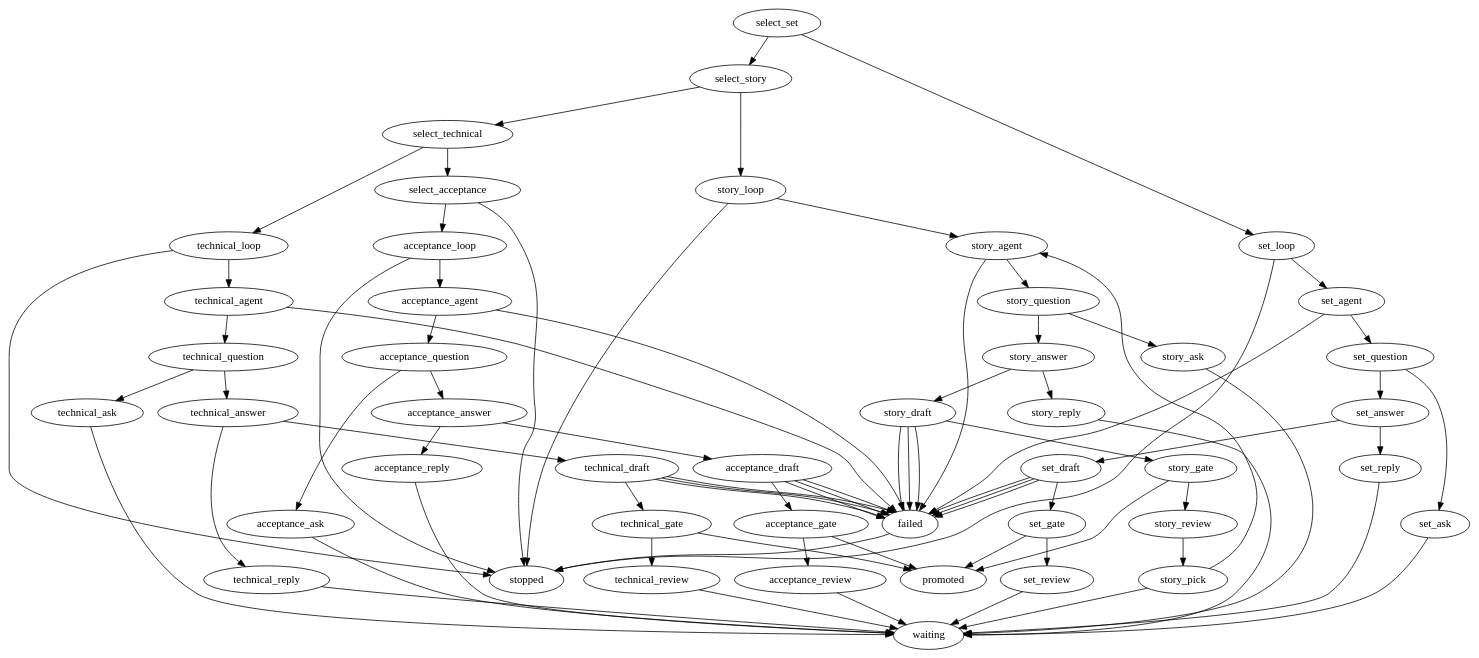
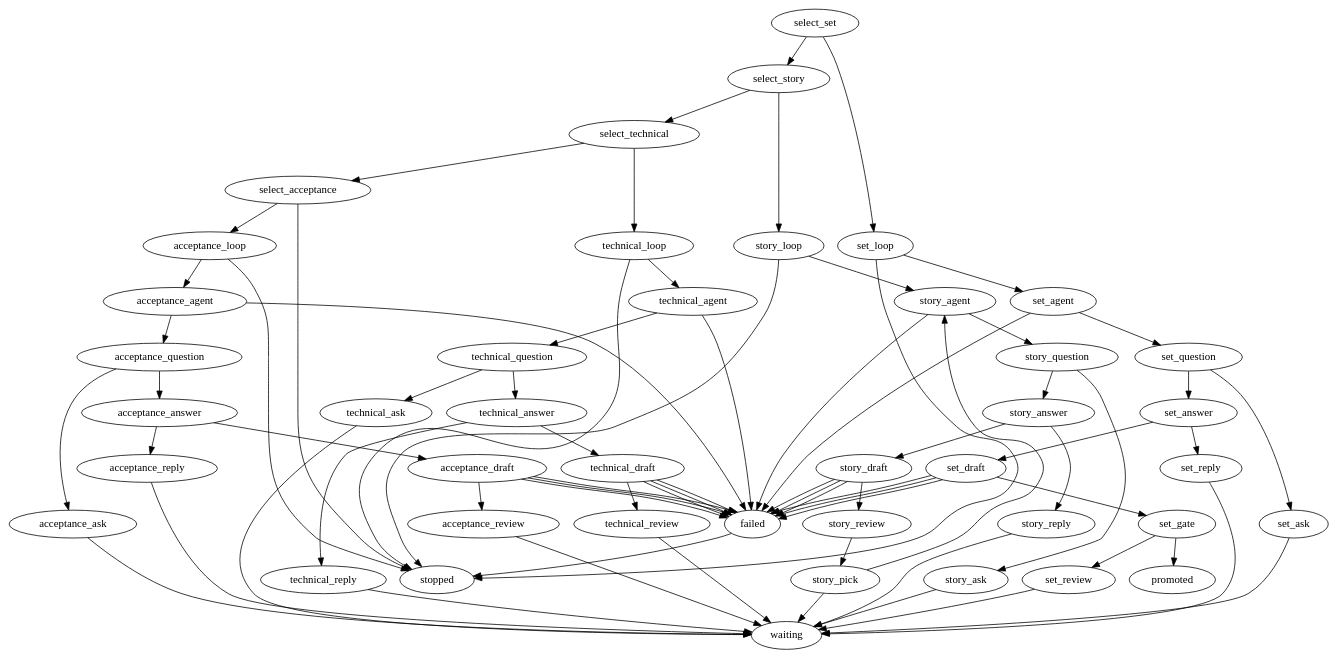
One commit to marioatcloudvane/litefactory changed the diagram in teams/source/base-team/plan/plan.dot. Above: the diagram before and after it, drawn with Graphviz. The commit also changed 12 other files, not shown here.

```diff
--- a/teams/source/base-team/plan/plan.dot
+++ b/teams/source/base-team/plan/plan.dot
@@ -1,176 +1,167 @@
 // Plan shapes a scope into stories in four owner-authorized stages, each with
 // one reasoning role: set, story, technical and acceptance.
 //
 // The factory, not an agent, decides which stage a run is in. It answers the
 // select_* decisions from retained authenticated state, so a run enters exactly
 // one stage. Parent discussion selects set; automatic work with stories skips set.
 //
 // Every stage can answer discussion through an explicit comment and stop without
 // changing drafts or approvals. Otherwise its agent drafts, asks the owner when it
 // needs an answer, and otherwise applies its draft to the story and asks for
 // review. A stage advances only through its gate, which reads "approved" from
 // an owner reply; review-ready is never approval. Every wait is durable, and
 // running out of passes stops the run in a resumable state.
 //
 // The set stage proposes the story set on the parent and waits for the owner to
 // promote it. After promotion the story stage is a bounded creation cycle:
 // story_pick selects the next promoted story without a draft, story_agent
 // drafts it, and its review is published before the next pick. A pick that
 // finds none parks the run at the owner waits. The cycle nodes carry
 // lf_limit="13": twelve stories in a set plus one owner-requested revision.
 digraph plan {
  graph [team="{{team}}", mode="plan", profile_version="1", start="select_set"];
 
  // ---- Stage selection ------------------------------------------------------
  select_set        [lf_action="lf_if", lf_outcomes="true,false", lf_field="response", lf_condition="set", lf_limit="24"];
  select_story      [lf_action="lf_if", lf_outcomes="true,false", lf_field="response", lf_condition="story", lf_limit="24"];
  select_technical  [lf_action="lf_if", lf_outcomes="true,false", lf_field="response", lf_condition="technical", lf_limit="24"];
  select_acceptance [lf_action="lf_if", lf_outcomes="true,false", lf_field="response", lf_condition="acceptance", lf_limit="24"];
 
  // ---- Stage 1: story set ---------------------------------------------------
  set_loop     [lf_action="lf_loop", lf_outcomes="true,false", lf_field="response", lf_condition="set", lf_limit="8"];
  set_agent    [lf_action="lf_agent", lf_outcomes="success,failed", lf_agent_markdown="plan-set", lf_skills="plan-story-set", lf_limit="8"];
  set_question [lf_action="lf_if", lf_outcomes="true,false", lf_field="response", lf_condition="ask", lf_source="set_agent", lf_limit="8"];
  set_draft    [lf_action="lf_plan_story", lf_source="set_agent", lf_outcomes="applied,conflict,failed,uncertain", lf_limit="8"];
  set_gate     [lf_action="lf_if", lf_outcomes="true,false", lf_field="response", lf_condition="approved", lf_limit="8"];
  set_ask      [lf_action="lf_ask", lf_outcomes="published", lf_kind="question", lf_source="set_agent", lf_limit="8"];
  set_review   [lf_action="lf_ask", lf_outcomes="published", lf_kind="review", lf_source="set_agent", lf_limit="8"];
 
  // ---- Stage 2: stories (bounded creation cycle) ----------------------------
  story_loop     [lf_action="lf_loop", lf_outcomes="true,false", lf_field="response", lf_condition="story", lf_limit="8"];
  story_pick     [lf_action="lf_loop", lf_outcomes="true,false", lf_field="response", lf_condition="create", lf_limit="13"];
  story_agent    [lf_action="lf_agent", lf_outcomes="success,failed", lf_agent_markdown="plan-story", lf_skills="plan-story-shaping", lf_limit="13"];
  story_question [lf_action="lf_if", lf_outcomes="true,false", lf_field="response", lf_condition="ask", lf_source="story_agent", lf_limit="13"];
  story_draft    [lf_action="lf_plan_story", lf_source="story_agent", lf_outcomes="applied,conflict,failed,uncertain", lf_limit="13"];
- story_gate     [lf_action="lf_if", lf_outcomes="true,false", lf_field="response", lf_condition="approved", lf_limit="13"];
  story_ask      [lf_action="lf_ask", lf_outcomes="published", lf_kind="question", lf_source="story_agent", lf_limit="8"];
- story_review   [lf_action="lf_ask", lf_outcomes="published", lf_kind="review", lf_source="story_agent", lf_limit="13"];
+ story_review [lf_action="lf_gate", lf_outcomes="published", lf_command="/approve-plan", lf_args="story,stage,candidate", lf_source="story_agent", lf_limit="13"];
 
  // ---- Stage 3: technical ---------------------------------------------------
  technical_loop     [lf_action="lf_loop", lf_outcomes="true,false", lf_field="response", lf_condition="technical", lf_limit="8"];
  technical_agent    [lf_action="lf_agent", lf_outcomes="success,failed", lf_agent_markdown="plan-technical", lf_standards="plan-technical", lf_skills="plan-technical-shaping", lf_limit="8"];
  technical_question [lf_action="lf_if", lf_outcomes="true,false", lf_field="response", lf_condition="ask", lf_source="technical_agent", lf_limit="8"];
  technical_draft    [lf_action="lf_plan_story", lf_source="technical_agent", lf_outcomes="applied,conflict,failed,uncertain", lf_limit="8"];
- technical_gate     [lf_action="lf_if", lf_outcomes="true,false", lf_field="response", lf_condition="approved", lf_limit="8"];
  technical_ask      [lf_action="lf_ask", lf_outcomes="published", lf_kind="question", lf_source="technical_agent", lf_limit="8"];
- technical_review   [lf_action="lf_ask", lf_outcomes="published", lf_kind="review", lf_source="technical_agent", lf_limit="8"];
+ technical_review [lf_action="lf_gate", lf_outcomes="published", lf_command="/approve-plan", lf_args="story,stage,candidate", lf_source="technical_agent", lf_limit="8"];
 
  // ---- Stage 4: acceptance --------------------------------------------------
  acceptance_loop     [lf_action="lf_loop", lf_outcomes="true,false", lf_field="response", lf_condition="acceptance", lf_limit="8"];
  acceptance_agent    [lf_action="lf_agent", lf_outcomes="success,failed", lf_agent_markdown="plan-acceptance", lf_skills="plan-acceptance-shaping", lf_limit="8"];
  acceptance_question [lf_action="lf_if", lf_outcomes="true,false", lf_field="response", lf_condition="ask", lf_source="acceptance_agent", lf_limit="8"];
  acceptance_draft    [lf_action="lf_plan_story", lf_source="acceptance_agent", lf_outcomes="applied,conflict,failed,uncertain", lf_limit="8"];
- acceptance_gate     [lf_action="lf_if", lf_outcomes="true,false", lf_field="response", lf_condition="approved", lf_limit="8"];
  acceptance_ask      [lf_action="lf_ask", lf_outcomes="published", lf_kind="question", lf_source="acceptance_agent", lf_limit="8"];
- acceptance_review   [lf_action="lf_ask", lf_outcomes="published", lf_kind="review", lf_source="acceptance_agent", lf_limit="8"];
+ acceptance_review [lf_action="lf_gate", lf_outcomes="published", lf_command="/approve-plan", lf_args="story,stage,candidate", lf_source="acceptance_agent", lf_limit="8"];
 
  set_answer [lf_action="lf_if", lf_outcomes="true,false", lf_field="response", lf_condition="answer", lf_source="set_agent", lf_limit="13"];
  set_reply [lf_action="lf_comment", lf_outcomes="published", lf_kind="final", lf_source="set_agent", lf_limit="13"];
  set_answer -> set_reply [lf_on="true"];
  set_answer -> set_draft [lf_on="false"];
  set_reply -> waiting [lf_on="published"];
 
  story_answer [lf_action="lf_if", lf_outcomes="true,false", lf_field="response", lf_condition="answer", lf_source="story_agent", lf_limit="13"];
  story_reply [lf_action="lf_comment", lf_outcomes="published", lf_kind="final", lf_source="story_agent", lf_limit="13"];
  story_answer -> story_reply [lf_on="true"];
  story_answer -> story_draft [lf_on="false"];
  story_reply -> waiting [lf_on="published"];
 
  technical_answer [lf_action="lf_if", lf_outcomes="true,false", lf_field="response", lf_condition="answer", lf_source="technical_agent", lf_limit="13"];
  technical_reply [lf_action="lf_comment", lf_outcomes="published", lf_kind="final", lf_source="technical_agent", lf_limit="13"];
  technical_answer -> technical_reply [lf_on="true"];
  technical_answer -> technical_draft [lf_on="false"];
  technical_reply -> waiting [lf_on="published"];
 
  acceptance_answer [lf_action="lf_if", lf_outcomes="true,false", lf_field="response", lf_condition="answer", lf_source="acceptance_agent", lf_limit="13"];
  acceptance_reply [lf_action="lf_comment", lf_outcomes="published", lf_kind="final", lf_source="acceptance_agent", lf_limit="13"];
  acceptance_answer -> acceptance_reply [lf_on="true"];
  acceptance_answer -> acceptance_draft [lf_on="false"];
  acceptance_reply -> waiting [lf_on="published"];
 
  // ---- Failure and terminals ------------------------------------------------
  failed   [lf_action="lf_comment", lf_outcomes="published", lf_kind="failure", lf_limit="1"];
  waiting  [lf_terminal="true"];
  promoted [lf_terminal="true"];
  stopped  [lf_terminal="true"];
 
  // Stage selection: the first true decision picks the stage; none stops.
  select_set        -> set_loop          [lf_on="true"];
  select_set        -> select_story      [lf_on="false"];   // stories exist; skip the set
  select_story      -> story_loop        [lf_on="true"];
  select_story      -> select_technical  [lf_on="false"];
  select_technical  -> technical_loop    [lf_on="true"];
  select_technical  -> select_acceptance [lf_on="false"];
  select_acceptance -> acceptance_loop   [lf_on="true"];
  select_acceptance -> stopped           [lf_on="false"];
 
  // Stage 1: propose the story set and wait for the owner to promote it.
  set_loop     -> set_agent    [lf_on="true"];
  set_loop     -> stopped      [lf_on="false"];      // out of passes
  set_agent    -> set_question [lf_on="success"];
  set_question -> set_ask      [lf_on="true"];       // needs an answer
  set_question -> set_answer    [lf_on="false"];      // has a set; apply it
  set_draft    -> set_gate     [lf_on="applied"];
  set_gate     -> promoted     [lf_on="true"];       // the owner approved
  set_gate     -> set_review   [lf_on="false"];      // asks if the set stands
  set_ask      -> waiting      [lf_on="published"];
  set_review   -> waiting      [lf_on="published"];
 
  // Stage 2: draft one story per pick; each review is published before the next.
  story_loop     -> story_agent    [lf_on="true"];
  story_loop     -> stopped        [lf_on="false"];    // out of passes
  story_agent    -> story_question [lf_on="success"];
  story_question -> story_ask      [lf_on="true"];     // needs an answer
  story_question -> story_answer    [lf_on="false"];    // has a draft; apply it
- story_draft    -> story_gate     [lf_on="applied"];
- story_gate     -> promoted       [lf_on="true"];     // the owner approved
- story_gate     -> story_review   [lf_on="false"];    // asks if the draft stands
+ story_draft -> story_review [lf_on="applied"];
  story_ask      -> waiting        [lf_on="published"];
  story_review   -> story_pick     [lf_on="published"];
  story_pick     -> story_agent    [lf_on="true"];     // another story has no draft
  story_pick     -> waiting        [lf_on="false"];    // all drafted; owner reviews
 
  // Stage 3: technical shaping, same shape as the set stage.
  technical_loop     -> technical_agent    [lf_on="true"];
  technical_loop     -> stopped            [lf_on="false"];    // out of passes
  technical_agent    -> technical_question [lf_on="success"];
  technical_question -> technical_ask      [lf_on="true"];     // needs an answer
  technical_question -> technical_answer    [lf_on="false"];    // has a draft; apply it
- technical_draft    -> technical_gate     [lf_on="applied"];
- technical_gate     -> promoted           [lf_on="true"];     // the owner approved
- technical_gate     -> technical_review   [lf_on="false"];    // asks if the draft stands
+ technical_draft -> technical_review [lf_on="applied"];
  technical_ask      -> waiting            [lf_on="published"];
  technical_review   -> waiting            [lf_on="published"];
 
  // Stage 4: acceptance shaping, same shape as the set stage.
  acceptance_loop     -> acceptance_agent    [lf_on="true"];
  acceptance_loop     -> stopped             [lf_on="false"];    // out of passes
  acceptance_agent    -> acceptance_question [lf_on="success"];
  acceptance_question -> acceptance_ask      [lf_on="true"];     // needs an answer
  acceptance_question -> acceptance_answer    [lf_on="false"];    // has a draft; apply it
- acceptance_draft    -> acceptance_gate     [lf_on="applied"];
- acceptance_gate     -> promoted            [lf_on="true"];     // the owner approved
- acceptance_gate     -> acceptance_review   [lf_on="false"];    // asks if the draft stands
+ acceptance_draft -> acceptance_review [lf_on="applied"];
  acceptance_ask      -> waiting             [lf_on="published"];
  acceptance_review   -> waiting             [lf_on="published"];
 
  // A failed agent or story effect (conflict, failed, uncertain) reports its
  // cause and how to retry, then stops; nothing retries on its own.
  set_agent        -> failed [lf_on="failed"];
  set_draft        -> failed [lf_on="conflict"];
  set_draft        -> failed [lf_on="failed"];
  set_draft        -> failed [lf_on="uncertain"];
  story_agent      -> failed [lf_on="failed"];
  story_draft      -> failed [lf_on="conflict"];
  story_draft      -> failed [lf_on="failed"];
  story_draft      -> failed [lf_on="uncertain"];
  technical_agent  -> failed [lf_on="failed"];
  technical_draft  -> failed [lf_on="conflict"];
  technical_draft  -> failed [lf_on="failed"];
  technical_draft  -> failed [lf_on="uncertain"];
  acceptance_agent -> failed [lf_on="failed"];
  acceptance_draft -> failed [lf_on="conflict"];
  acceptance_draft -> failed [lf_on="failed"];
  acceptance_draft -> failed [lf_on="uncertain"];
  failed           -> stopped [lf_on="published"];
 }
```
